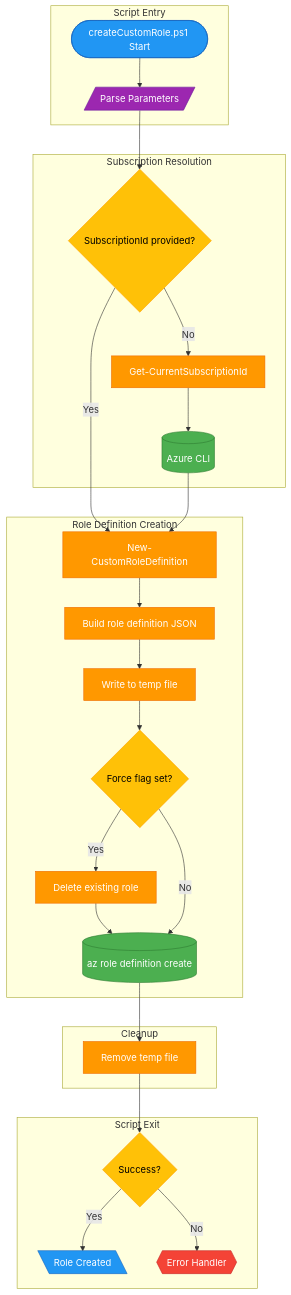
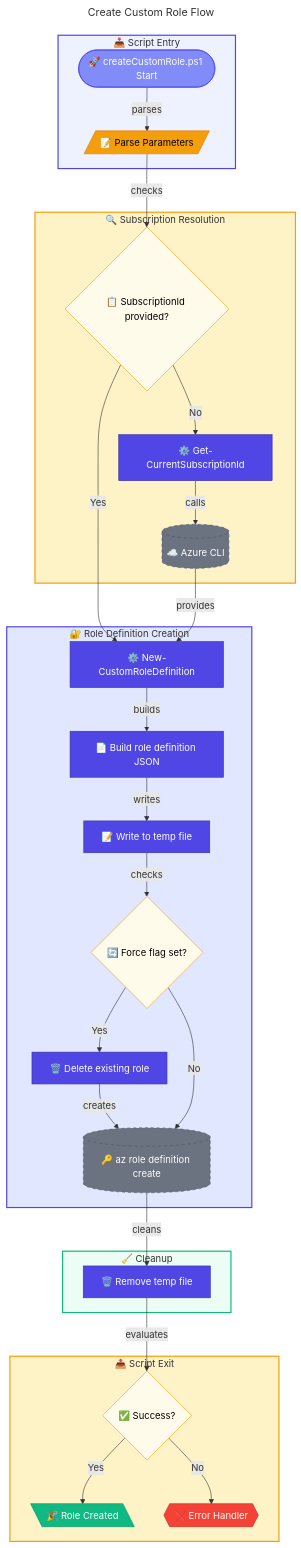
One commit to Evilazaro/DevExp-DevBox changed the diagram in docs/scripts/azure/create-custom-role.md. Above: the diagram before and after it, drawn with Mermaid. The commit also changed 1 other file, not shown here.

Commit message:
Enhance flow visualization documentation for createCustomRole.ps1 and createUsersAndAssignRole.ps1 scripts by adding emojis, improving diagram styles, and refining connections for better clarity and navigation.

````diff
--- a/docs/scripts/azure/create-custom-role.md
+++ b/docs/scripts/azure/create-custom-role.md
@@ -61,51 +61,76 @@
 ```mermaid
+---
+title: Create Custom Role Flow
+---
 flowchart TD
-    subgraph Entry["Script Entry"]
-        A([createCustomRole.ps1 Start]):::entry
-        B[/"Parse Parameters"/]:::input
+    %% ===== SCRIPT ENTRY =====
+    subgraph Entry["📥 Script Entry"]
+        A(["🚀 createCustomRole.ps1 Start"])
+        B[/"📝 Parse Parameters"/]
     end
     
-    subgraph SubCheck["Subscription Resolution"]
-        C{SubscriptionId provided?}:::decision
-        D["Get-CurrentSubscriptionId"]:::core
-        E[(Azure CLI)]:::external
+    %% ===== SUBSCRIPTION RESOLUTION =====
+    subgraph SubCheck["🔍 Subscription Resolution"]
+        C{"📋 SubscriptionId provided?"}
+        D["⚙️ Get-CurrentSubscriptionId"]
+        E[("☁️ Azure CLI")]
     end
     
-    subgraph RoleCreation["Role Definition Creation"]
-        F["New-CustomRoleDefinition"]:::core
-        F1["Build role definition JSON"]:::core
-        F2["Write to temp file"]:::core
-        F3{Force flag set?}:::decision
-        F4["Delete existing role"]:::core
-        F5[(az role definition create)]:::external
+    %% ===== ROLE CREATION =====
+    subgraph RoleCreation["🔐 Role Definition Creation"]
+        F["⚙️ New-CustomRoleDefinition"]
+        F1["📄 Build role definition JSON"]
+        F2["📝 Write to temp file"]
+        F3{"🔄 Force flag set?"}
+        F4["🗑️ Delete existing role"]
+        F5[("🔑 az role definition create")]
     end
     
-    subgraph Cleanup["Cleanup"]
-        G["Remove temp file"]:::core
+    %% ===== CLEANUP =====
+    subgraph Cleanup["🧹 Cleanup"]
+        G["🗑️ Remove temp file"]
     end
     
-    subgraph Exit["Script Exit"]
-        H{Success?}:::decision
-        I[\Role Created\]:::output
-        J{{Error Handler}}:::error
+    %% ===== SCRIPT EXIT =====
+    subgraph Exit["📤 Script Exit"]
+        H{"✅ Success?"}
+        I[\"🎉 Role Created"\]
+        J{{"❌ Error Handler"}}
     end
     
-    A --> B --> C
-    C -->|No| D --> E
+    %% ===== CONNECTIONS =====
+    A -->|parses| B -->|checks| C
+    C -->|No| D -->|calls| E
     C -->|Yes| F
-    E --> F
-    F --> F1 --> F2 --> F3
-    F3 -->|Yes| F4 --> F5
+    E -->|provides| F
+    F -->|builds| F1 -->|writes| F2 -->|checks| F3
+    F3 -->|Yes| F4 -->|creates| F5
     F3 -->|No| F5
-    F5 --> G --> H
+    F5 -->|cleans| G -->|evaluates| H
     H -->|Yes| I
     H -->|No| J
 
-    classDef entry fill:#2196F3,stroke:#1565C0,color:#fff
-    classDef input fill:#9C27B0,stroke:#6A1B9A,color:#fff
-    classDef core fill:#FF9800,stroke:#EF6C00,color:#fff
-    classDef external fill:#4CAF50,stroke:#2E7D32,color:#fff
-    classDef decision fill:#FFC107,stroke:#FFA000,color:#000
-    classDef output fill:#2196F3,stroke:#1565C0,color:#fff
-    classDef error fill:#F44336,stroke:#C62828,color:#fff
+    %% ===== STYLES =====
+    classDef trigger fill:#818CF8,stroke:#4F46E5,color:#FFFFFF
+    classDef input fill:#F59E0B,stroke:#D97706,color:#000000
+    classDef primary fill:#4F46E5,stroke:#3730A3,color:#FFFFFF
+    classDef external fill:#6B7280,stroke:#4B5563,color:#FFFFFF,stroke-dasharray:5 5
+    classDef decision fill:#FFFBEB,stroke:#F59E0B,color:#000000
+    classDef secondary fill:#10B981,stroke:#059669,color:#FFFFFF
+    classDef failed fill:#F44336,stroke:#C62828,color:#FFFFFF
+    
+    class A trigger
+    class B input
+    class D,F,F1,F2,F4,G primary
+    class E,F5 external
+    class C,F3,H decision
+    class I secondary
+    class J failed
+    
+    %% ===== SUBGRAPH STYLES =====
+    style Entry fill:#EEF2FF,stroke:#4F46E5,stroke-width:2px
+    style SubCheck fill:#FEF3C7,stroke:#F59E0B,stroke-width:2px
+    style RoleCreation fill:#E0E7FF,stroke:#4F46E5,stroke-width:2px
+    style Cleanup fill:#ECFDF5,stroke:#10B981,stroke-width:2px
+    style Exit fill:#FEF3C7,stroke:#F59E0B,stroke-width:2px
 ```
````
